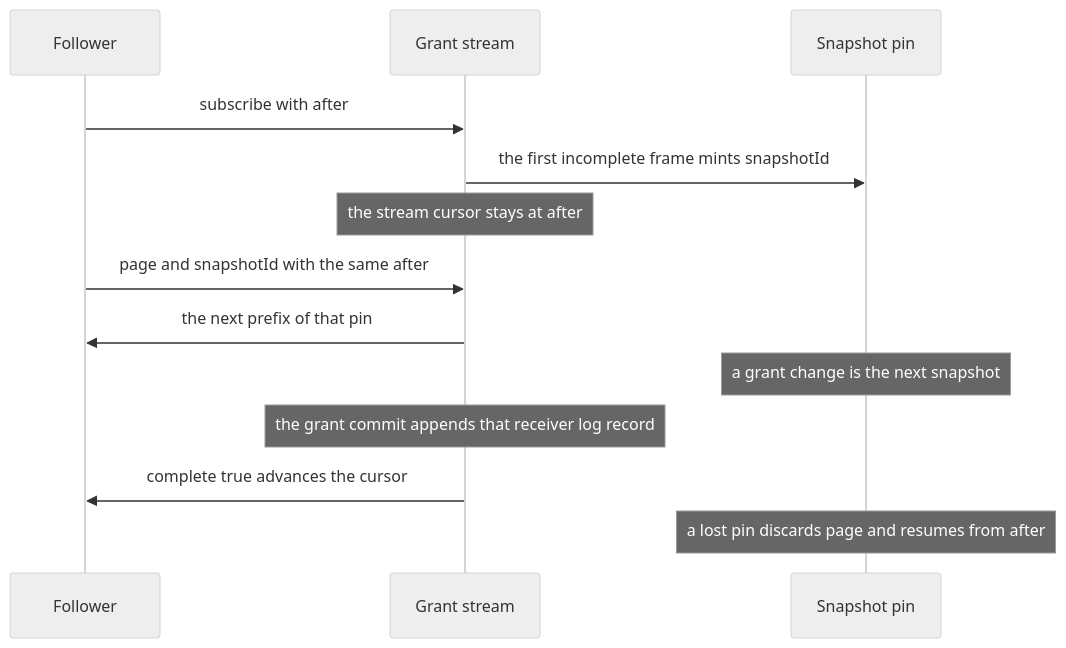
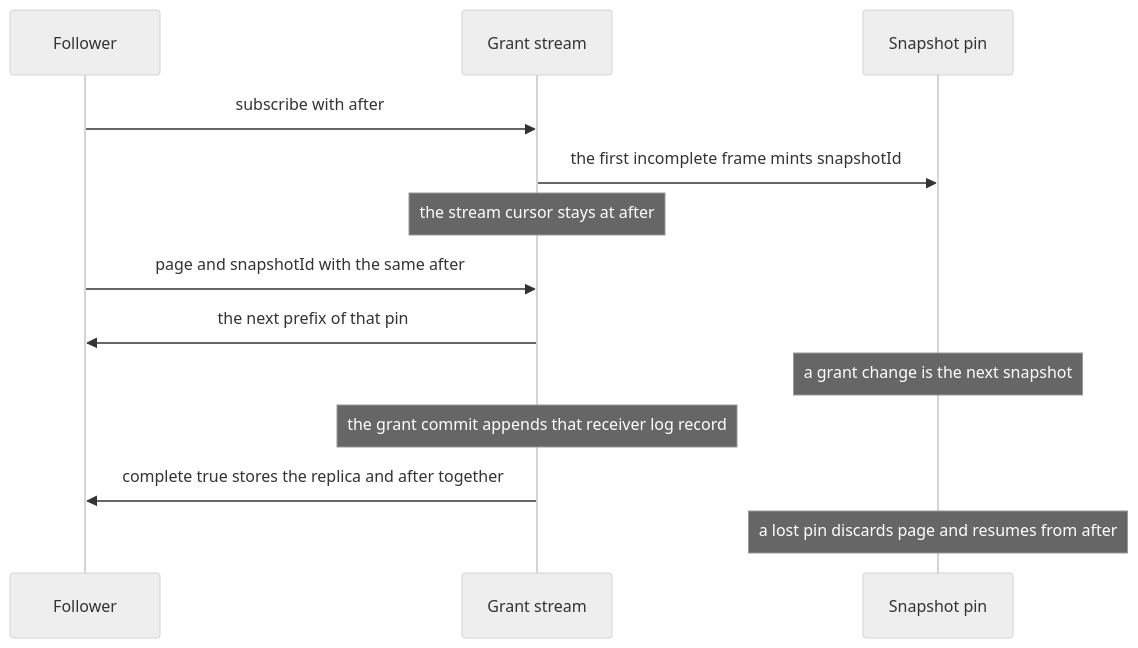
The sixth of 7 diagrams in docs/design/access-grants.md (nessalabs/nessa-agent), drawn with Mermaid (neutral theme) before and after one commit. The commit also changed other lines of this file, not shown here.

First line of the commit message:
Commit replica changes with the stream cursor

````diff
--- a/docs/design/access-grants.md
+++ b/docs/design/access-grants.md
@@ -1092,15 +1113,15 @@
 ```mermaid
 sequenceDiagram
   participant Follower
   participant Stream as Grant stream
   participant Pin as Snapshot pin
   Follower->>Stream: subscribe with after
   Stream->>Pin: the first incomplete frame mints snapshotId
   Note over Stream: the stream cursor stays at after
   Follower->>Stream: page and snapshotId with the same after
   Stream->>Follower: the next prefix of that pin
   Note over Pin: a grant change is the next snapshot
   Note over Stream: the grant commit appends that receiver log record
-  Stream->>Follower: complete true advances the cursor
+  Stream->>Follower: complete true stores the replica and after together
   Note over Pin: a lost pin discards page and resumes from after
 ```
````
